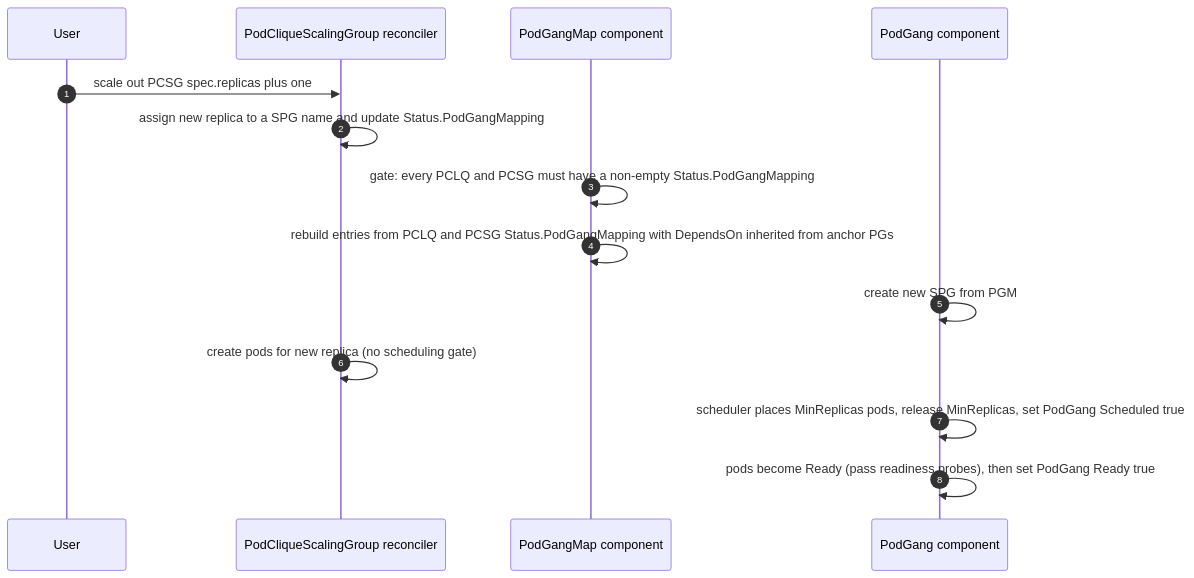
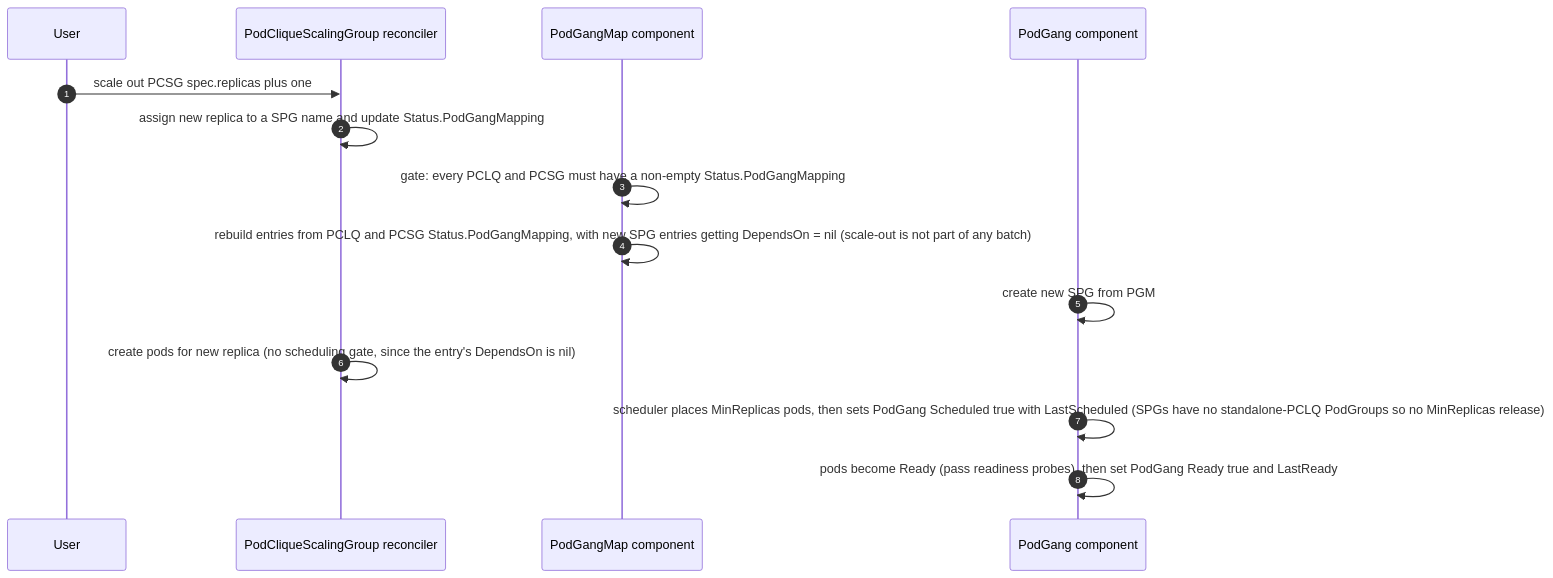
One commit to ai-dynamo/grove changed the third of 5 diagrams in docs/proposals/393-coherent-rolling-updates/README.md. Above: the diagram before and after it, drawn with Mermaid. The commit also changed other lines of this file, not shown here.

````diff
--- a/docs/proposals/393-coherent-rolling-updates/README.md
+++ b/docs/proposals/393-coherent-rolling-updates/README.md
@@ -673,17 +686,17 @@
 ```mermaid
 sequenceDiagram
   autonumber
   participant User
   participant PCSG as PodCliqueScalingGroup reconciler
   participant PGM as PodGangMap component
   participant PG as PodGang component
 
   User->>PCSG: scale out PCSG spec.replicas plus one
   PCSG->>PCSG: assign new replica to a SPG name and update Status.PodGangMapping
   PGM->>PGM: gate: every PCLQ and PCSG must have a non-empty Status.PodGangMapping
-  PGM->>PGM: rebuild entries from PCLQ and PCSG Status.PodGangMapping with DependsOn inherited from anchor PGs
+  PGM->>PGM: rebuild entries from PCLQ and PCSG Status.PodGangMapping, with new SPG entries getting DependsOn = nil (scale-out is not part of any batch)
   PG->>PG: create new SPG from PGM
-  PCSG->>PCSG: create pods for new replica (no scheduling gate)
-  PG->>PG: scheduler places MinReplicas pods, release MinReplicas, set PodGang Scheduled true
-  PG->>PG: pods become Ready (pass readiness probes), then set PodGang Ready true
+  PCSG->>PCSG: create pods for new replica (no scheduling gate, since the entry's DependsOn is nil)
+  PG->>PG: scheduler places MinReplicas pods, then sets PodGang Scheduled true with LastScheduled (SPGs have no standalone-PCLQ PodGroups so no MinReplicas release)
+  PG->>PG: pods become Ready (pass readiness probes), then set PodGang Ready true and LastReady
 ```
````
